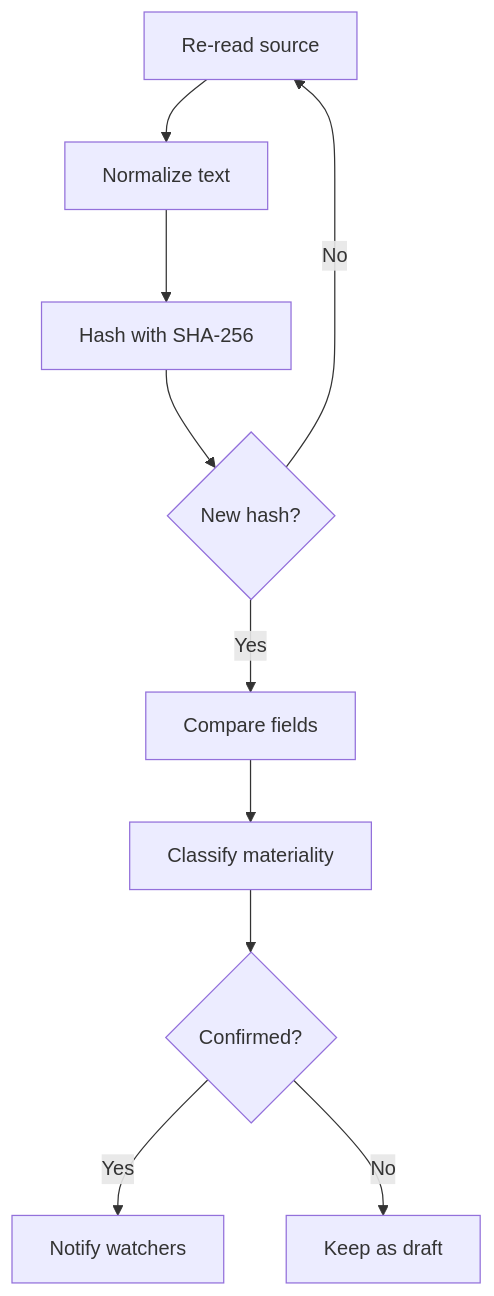
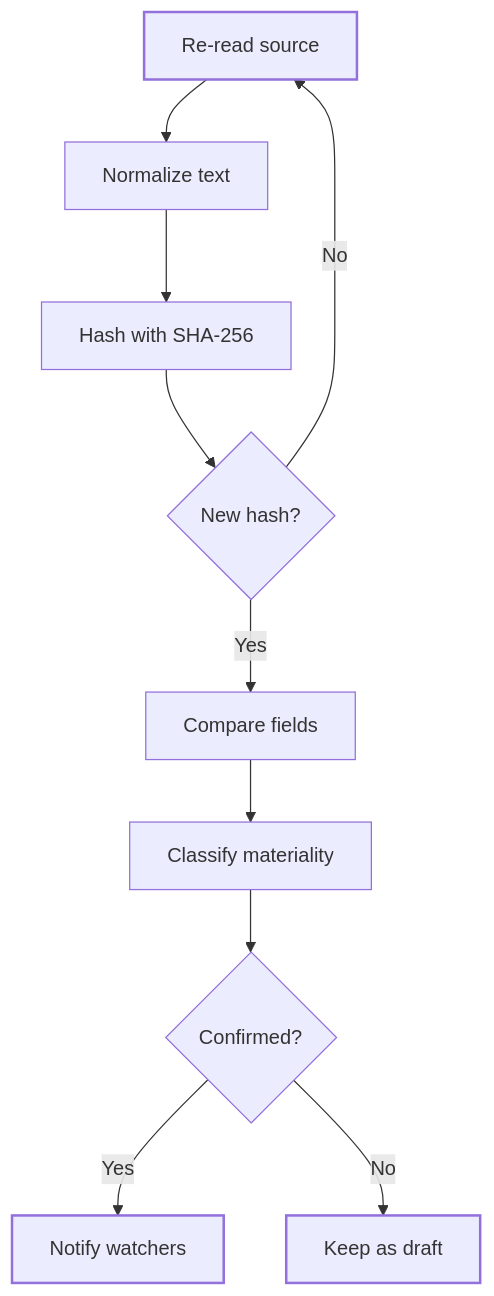
The diagram in tools/monitoring/change-detection.mdx (blupryntco/docs), drawn with Mermaid before and after one commit. The commit also changed 54 other files, not shown here.

Commit message:
Diagrams in site palette with dark mode; Developers overview for SDK + both APIs

````diff
--- a/tools/monitoring/change-detection.mdx
+++ b/tools/monitoring/change-detection.mdx
@@ -22,12 +22,16 @@
 ```mermaid
 flowchart TD
     A[Re-read source] --> B[Normalize text]
     B --> C[Hash with SHA-256]
     C --> D{New hash?}
     D -->|No| A
     D -->|Yes| E[Compare fields]
     E --> F[Classify materiality]
     F --> G{Confirmed?}
     G -->|Yes| H[Notify watchers]
     G -->|No| I[Keep as draft]
+classDef start stroke-width:2px
+classDef done stroke-width:2px
+class A start
+class H,I done
 ```
````
